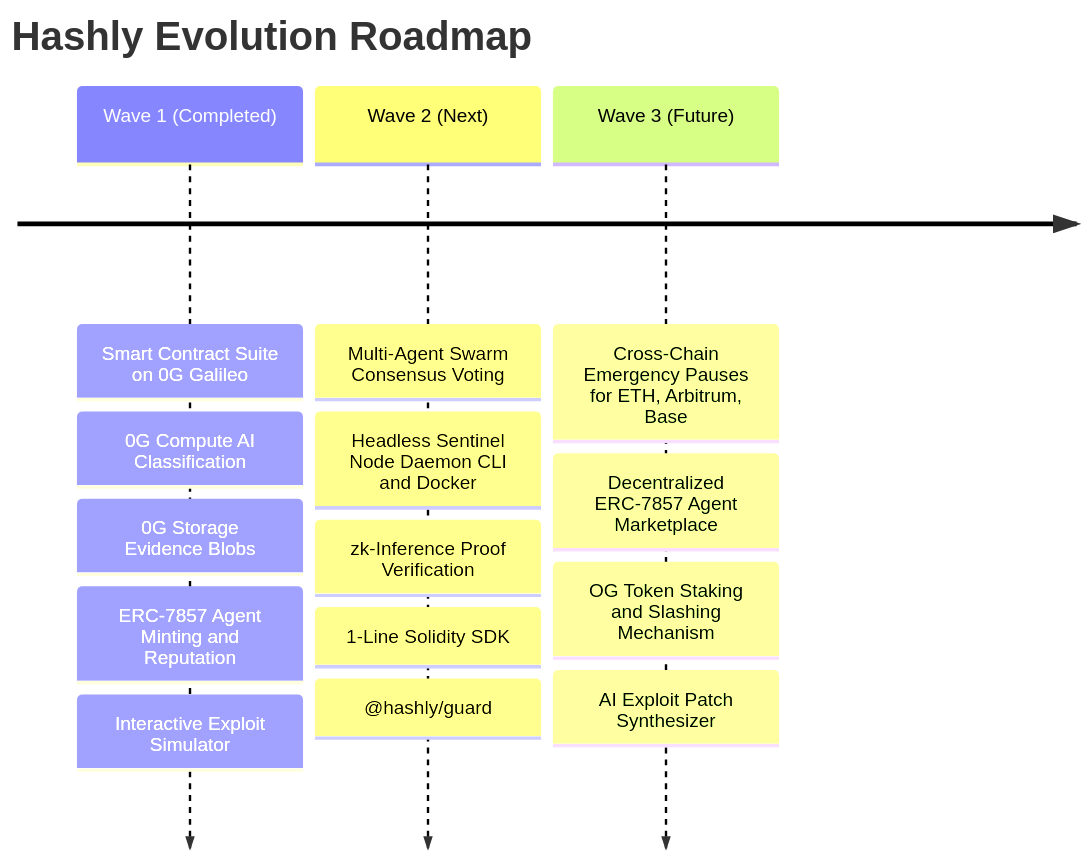
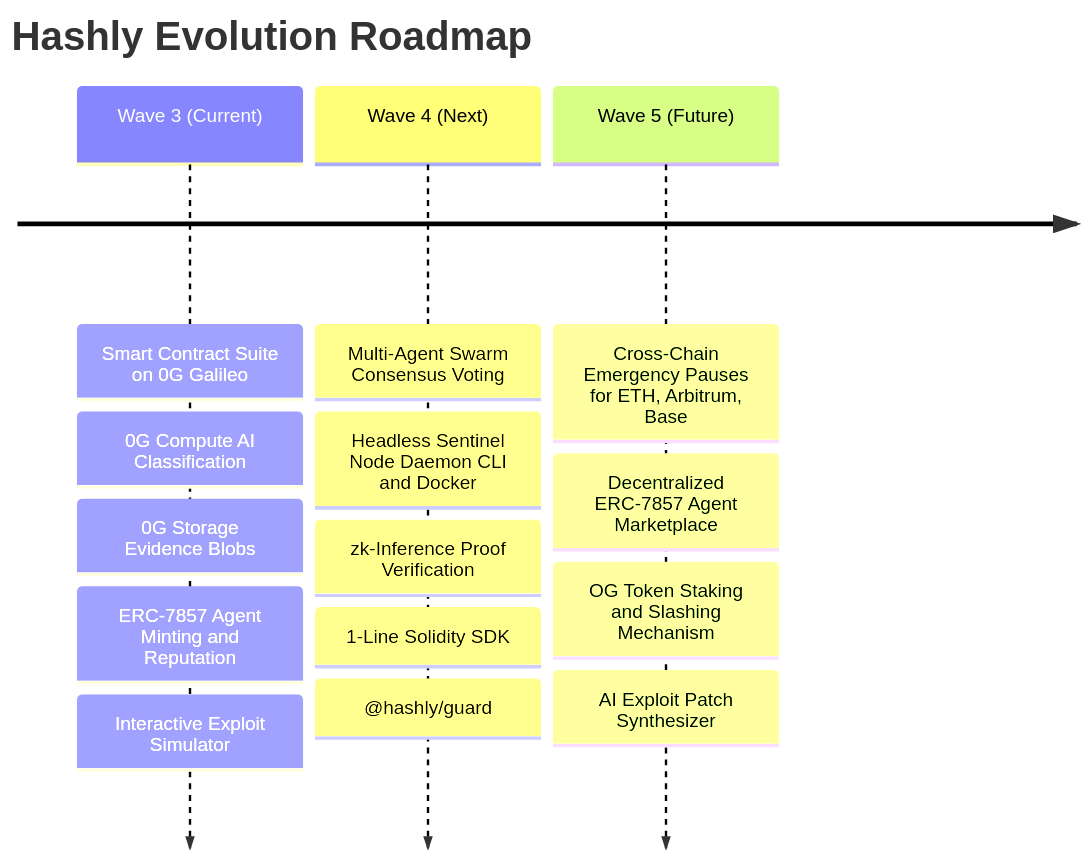
One commit to ayush035/Hashly changed the third of 3 diagrams in README.md. Above: the diagram before and after it, drawn with Mermaid. The commit also changed other lines of this file, not shown here.

Commit message:
docs: rename Waves to Wave 3 (current), Wave 4 (next), and Wave 5 (future)

````diff
--- a/README.md
+++ b/README.md
@@ -210,17 +210,17 @@
 ```mermaid
 timeline
     title Hashly Evolution Roadmap
-    Wave 1 (Completed) : Smart Contract Suite on 0G Galileo
+    Wave 3 (Current)  : Smart Contract Suite on 0G Galileo
                        : 0G Compute AI Classification
                        : 0G Storage Evidence Blobs
                        : ERC-7857 Agent Minting and Reputation
                        : Interactive Exploit Simulator
-    Wave 2 (Next)      : Multi-Agent Swarm Consensus Voting
+    Wave 4 (Next)      : Multi-Agent Swarm Consensus Voting
                        : Headless Sentinel Node Daemon CLI and Docker
                        : zk-Inference Proof Verification
                        : 1-Line Solidity SDK: @hashly/guard
-    Wave 3 (Future)    : Cross-Chain Emergency Pauses for ETH, Arbitrum, Base
+    Wave 5 (Future)    : Cross-Chain Emergency Pauses for ETH, Arbitrum, Base
                        : Decentralized ERC-7857 Agent Marketplace
                        : OG Token Staking and Slashing Mechanism
                        : AI Exploit Patch Synthesizer
 ```
````
